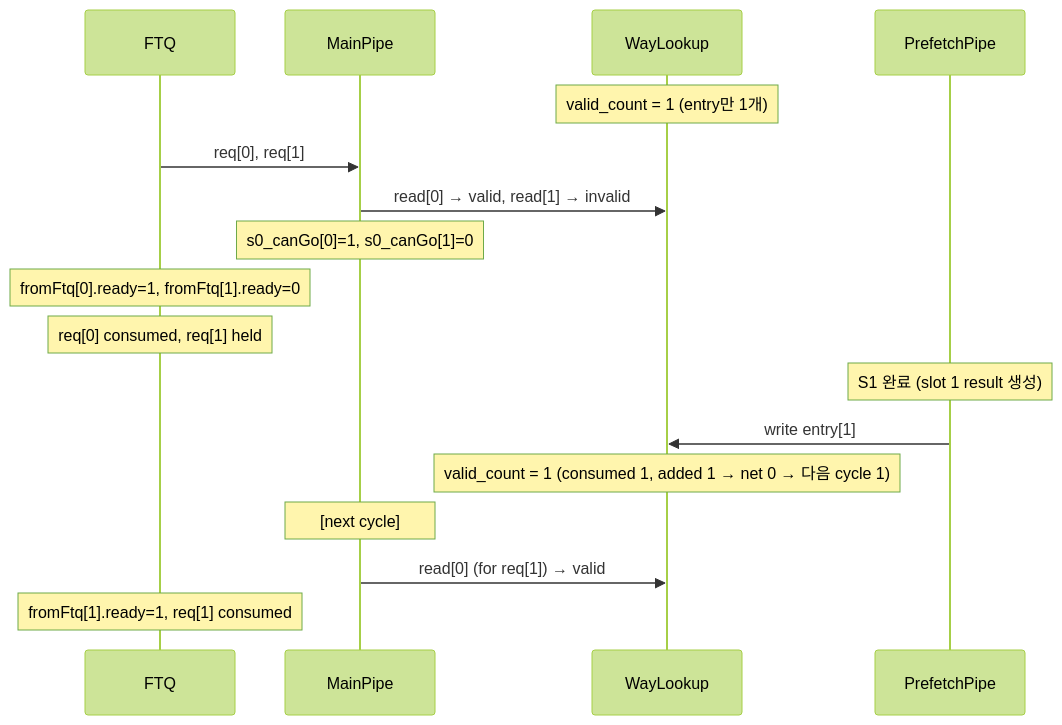
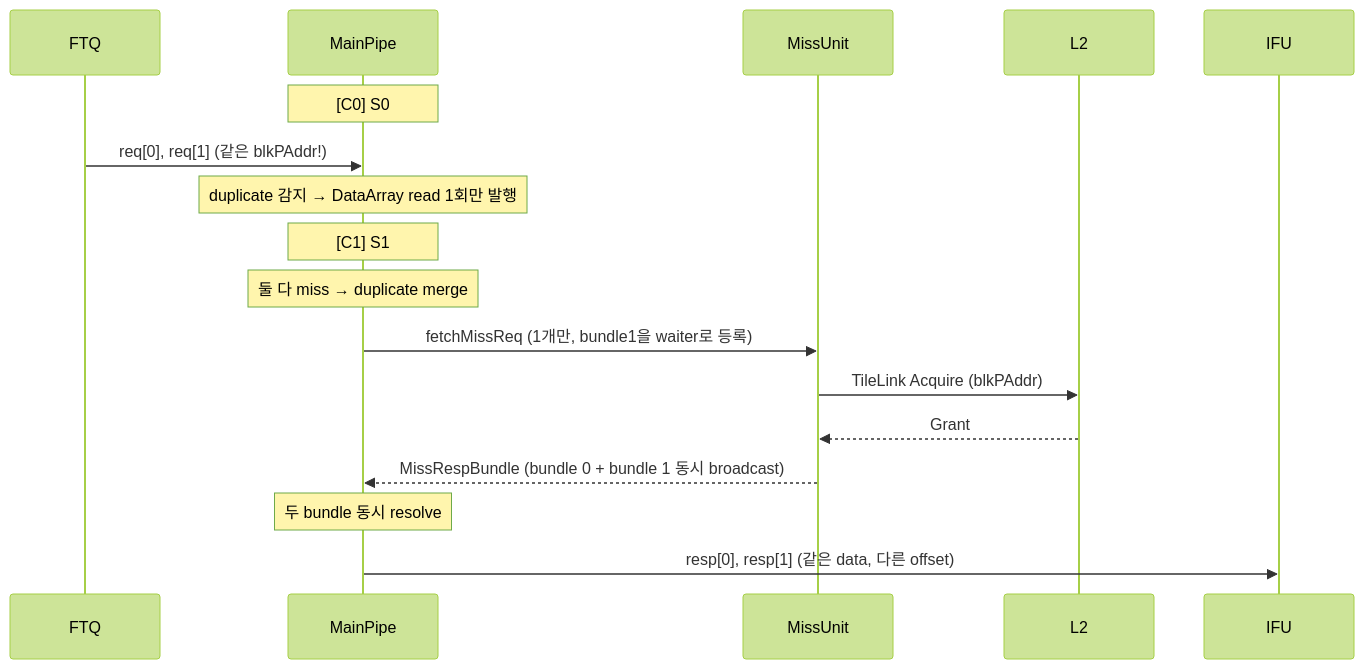
Before and after one commit to cinkeun/CPU_XS_02172026: the third of 4 diagrams in src/main/scala/xiangshan/frontend/doc/2fetch_icache_uarch.md, drawn with Mermaid (forest theme). The commit also changed other lines of this file, not shown here.

````diff
--- a/src/main/scala/xiangshan/frontend/doc/2fetch_icache_uarch.md
+++ b/src/main/scala/xiangshan/frontend/doc/2fetch_icache_uarch.md
@@ -636,22 +1043,23 @@
 ```mermaid
 sequenceDiagram
     participant FTQ
     participant MP as MainPipe
-    participant WL as WayLookup
-    participant PP as PrefetchPipe
+    participant MU as MissUnit
+    participant L2
+    participant IFU
 
-    Note over WL: valid_count = 1 (entry만 1개)
-    FTQ ->> MP: req[0], req[1]
-    MP ->> WL: read[0] → valid, read[1] → invalid
-    Note over MP: s0_canGo[0]=1, s0_canGo[1]=0
-    Note over FTQ: fromFtq[0].ready=1, fromFtq[1].ready=0
-    Note over FTQ: req[0] consumed, req[1] held
+    Note over MP: [C0] S0
+    FTQ ->> MP: req[0], req[1] (같은 blkPAddr!)
+    Note over MP: duplicate 감지 → DataArray read 1회만 발행
 
-    Note over PP: S1 완료 (slot 1 result 생성)
-    PP ->> WL: write entry[1]
-    Note over WL: valid_count = 1 (consumed 1, added 1 → net 0 → 다음 cycle 1)
+    Note over MP: [C1] S1
+    Note over MP: 둘 다 miss → duplicate merge
+    MP ->> MU: fetchMissReq (1개만, bundle1을 waiter로 등록)
 
-    Note over MP: [next cycle]
-    MP ->> WL: read[0] (for req[1]) → valid
-    Note over FTQ: fromFtq[1].ready=1, req[1] consumed
+    MU ->> L2: TileLink Acquire (blkPAddr)
+    L2 -->> MU: Grant
+    MU -->> MP: MissRespBundle (bundle 0 + bundle 1 동시 broadcast)
+
+    Note over MP: 두 bundle 동시 resolve
+    MP ->> IFU: resp[0], resp[1] (같은 data, 다른 offset)
 ```
````
